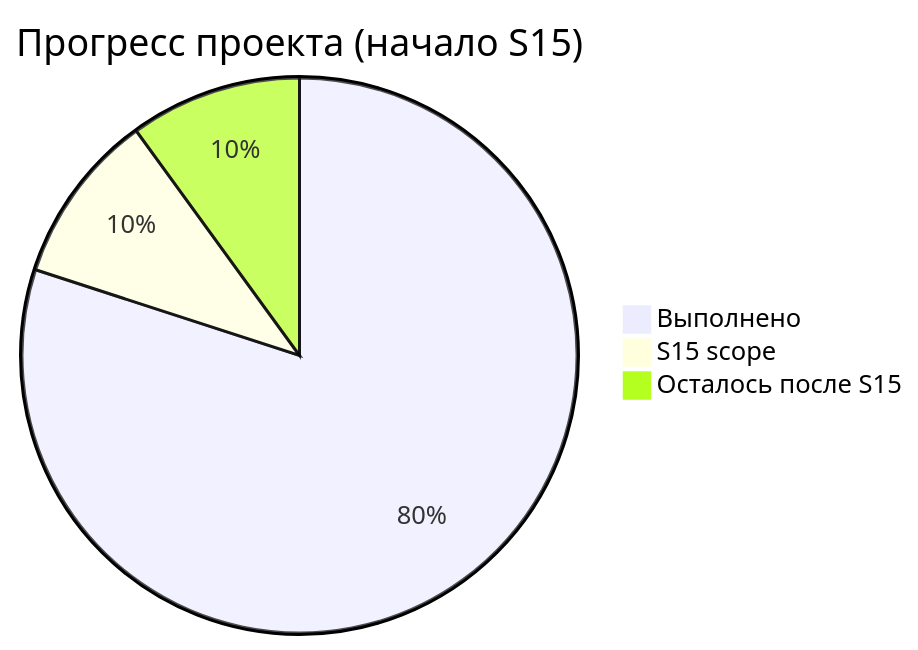
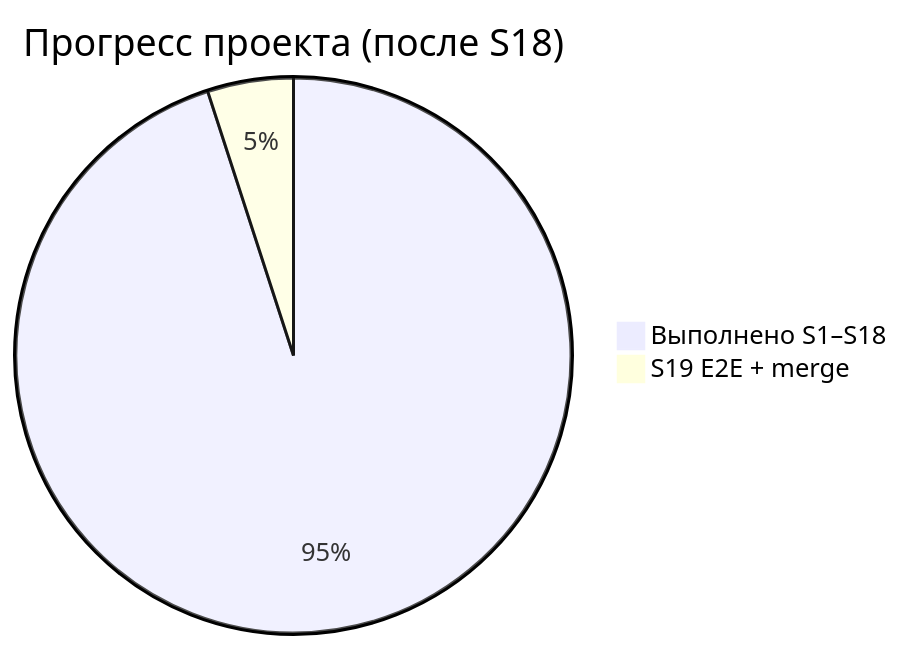
The second of 3 diagrams in docs/project_progress.md (zubkovfpk/hydromet_bulletin), drawn with Mermaid before and after one commit. The commit also changed other lines of this file and 1 other file, not shown here.

````diff
--- a/docs/project_progress.md
+++ b/docs/project_progress.md
@@ -91,6 +103,5 @@
 ```mermaid
-pie title Прогресс проекта (начало S15)
-  "Выполнено" : 80
-  "S15 scope" : 10
-  "Осталось после S15" : 10
+pie title Прогресс проекта (после S18)
+  "Выполнено S1–S18" : 95
+  "S19 E2E + merge" : 5
 ```
````
